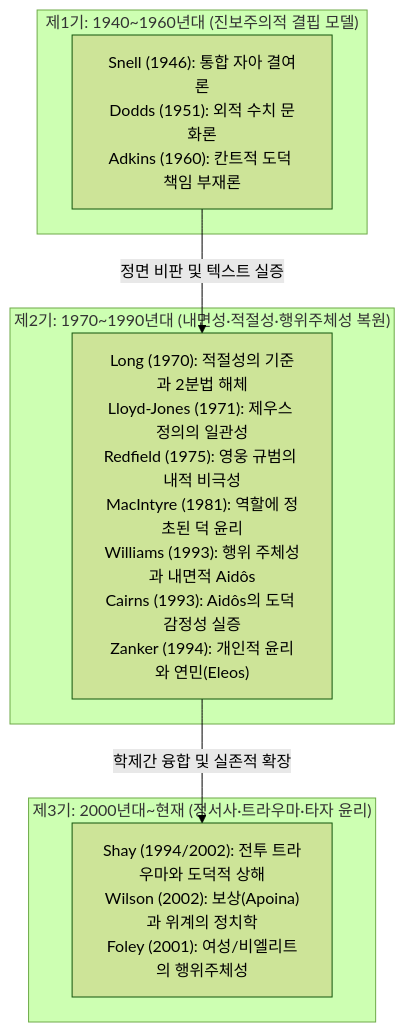
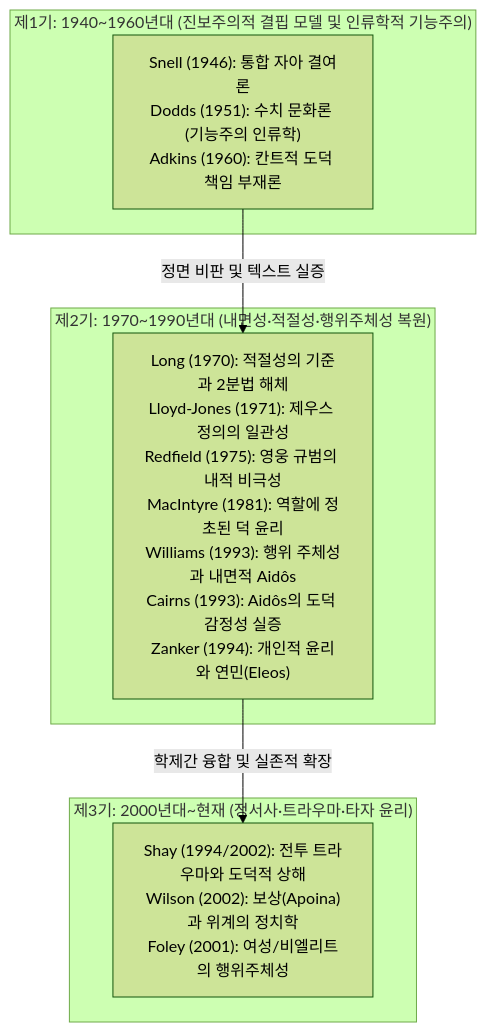
One commit to YgHnSIM/Homer_wiki changed the third of 3 diagrams in wiki/analyses/homeric-ethics-literature-review.md. Above: the diagram before and after it, drawn with Mermaid (forest theme). The commit also changed other lines of this file, not shown here.

````diff
--- a/wiki/analyses/homeric-ethics-literature-review.md
+++ b/wiki/analyses/homeric-ethics-literature-review.md
@@ -164,17 +246,17 @@
 ```mermaid
 graph TD
-    subgraph "제1기: 1940~1960년대 (진보주의적 결핍 모델)"
-        P1["Snell (1946): 통합 자아 결여론<br/>Dodds (1951): 외적 수치 문화론<br/>Adkins (1960): 칸트적 도덕 책임 부재론"]
+    subgraph "제1기: 1940~1960년대 (진보주의적 결핍 모델 및 인류학적 기능주의)"
+        P1["Snell (1946): 통합 자아 결여론<br/>Dodds (1951): 수치 문화론 (기능주의 인류학)<br/>Adkins (1960): 칸트적 도덕 책임 부재론"]
     end
 
     subgraph "제2기: 1970~1990년대 (내면성·적절성·행위주체성 복원)"
         P2["Long (1970): 적절성의 기준과 2분법 해체<br/>Lloyd-Jones (1971): 제우스 정의의 일관성<br/>Redfield (1975): 영웅 규범의 내적 비극성<br/>MacIntyre (1981): 역할에 정초된 덕 윤리<br/>Williams (1993): 행위 주체성과 내면적 Aidôs<br/>Cairns (1993): Aidôs의 도덕 감정성 실증<br/>Zanker (1994): 개인적 윤리와 연민(Eleos)"]
     end
 
     subgraph "제3기: 2000년대~현재 (정서사·트라우마·타자 윤리)"
         P3["Shay (1994/2002): 전투 트라우마와 도덕적 상해<br/>Wilson (2002): 보상(Apoina)과 위계의 정치학<br/>Foley (2001): 여성/비엘리트의 행위주체성"]
     end
 
     P1 -->|정면 비판 및 텍스트 실증| P2
     P2 -->|학제간 융합 및 실존적 확장| P3
 ```
````
